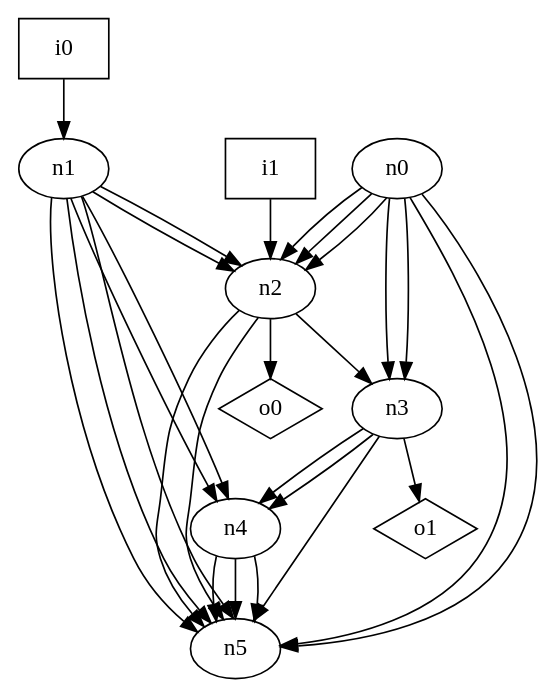
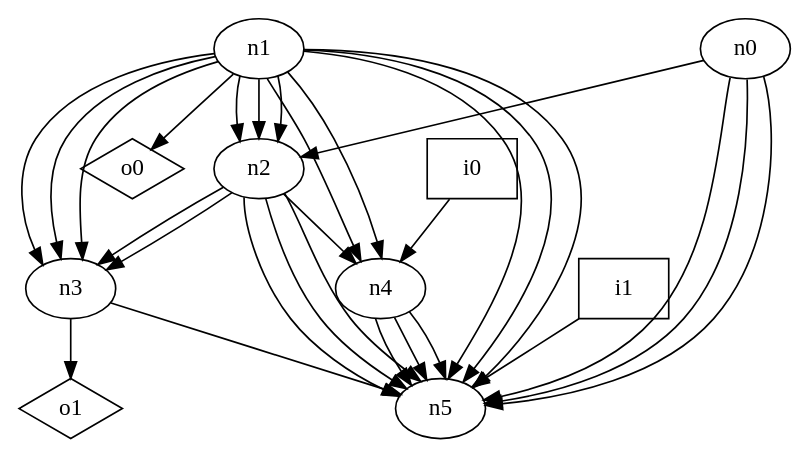
The diagram in dot_files/random/random_DAG_loop_free_graph.dot (p9romain/bool-circuits), drawn with Graphviz before and after one commit. The commit also changed 22 other files, not shown here.

```diff
--- a/dot_files/random/random_DAG_loop_free_graph.dot
+++ b/dot_files/random/random_DAG_loop_free_graph.dot
@@ -1,39 +1,41 @@
 digraph G {
 n0 [label="n0"];
 n1 [label="n1"];
 n2 [label="n2"];
 n3 [label="n3"];
 n4 [label="n4"];
 n5 [label="n5"];
 n6 [label="i0",shape="box"];
 n7 [label="i1",shape="box"];
 n8 [label="o0",shape="diamond"];
 n9 [label="o1",shape="diamond"];
 n0 -> n2
-n0 -> n2
-n0 -> n2
-n0 -> n3
-n0 -> n3
+n0 -> n5
 n0 -> n5
 n0 -> n5
 n1 -> n2
 n1 -> n2
+n1 -> n2
+n1 -> n3
+n1 -> n3
+n1 -> n3
 n1 -> n4
 n1 -> n4
 n1 -> n5
 n1 -> n5
 n1 -> n5
+n1 -> n8
 n2 -> n3
+n2 -> n3
+n2 -> n4
 n2 -> n5
 n2 -> n5
-n2 -> n8
-n3 -> n4
-n3 -> n4
+n2 -> n5
 n3 -> n5
 n3 -> n9
 n4 -> n5
 n4 -> n5
 n4 -> n5
-n6 -> n1
-n7 -> n2
+n6 -> n4
+n7 -> n5
 }
```
